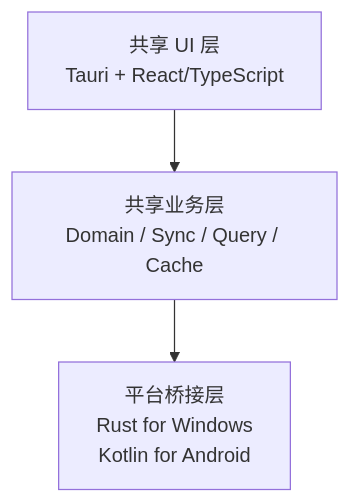
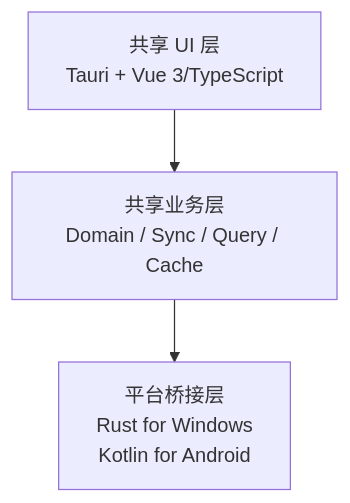
Before and after one commit to sena-nana/Momo: the first of 3 diagrams in plans/设计.md, drawn with Mermaid. The commit also changed other lines of this file and 32 other files, not shown here.

````diff
--- a/plans/设计.md
+++ b/plans/设计.md
@@ -63,9 +63,9 @@
 ```mermaid
 flowchart TB
-  UI[共享 UI 层\nTauri + React/TypeScript]
+  UI[共享 UI 层\nTauri + Vue 3/TypeScript]
   Core[共享业务层\nDomain / Sync / Query / Cache]
   Native[平台桥接层\nRust for Windows\nKotlin for Android]
 
   UI --> Core
   Core --> Native
 ```
````
